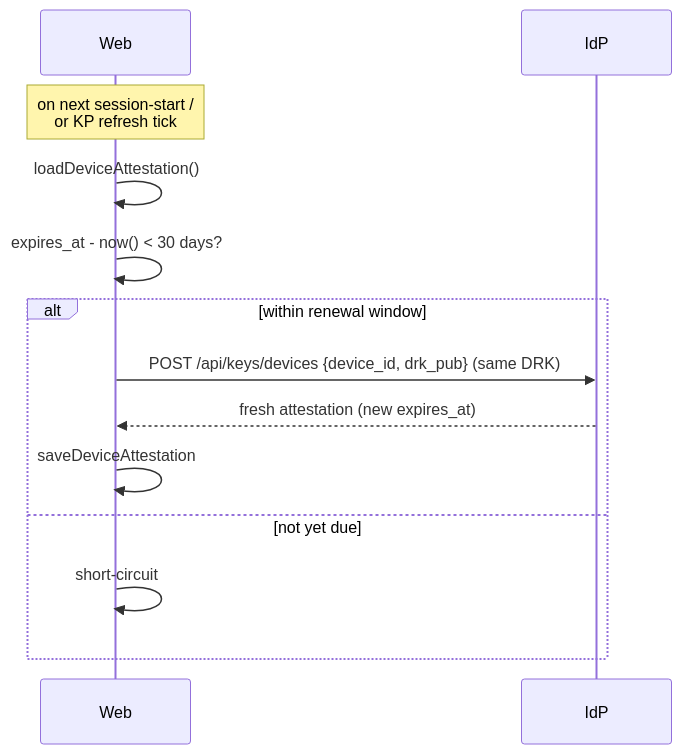
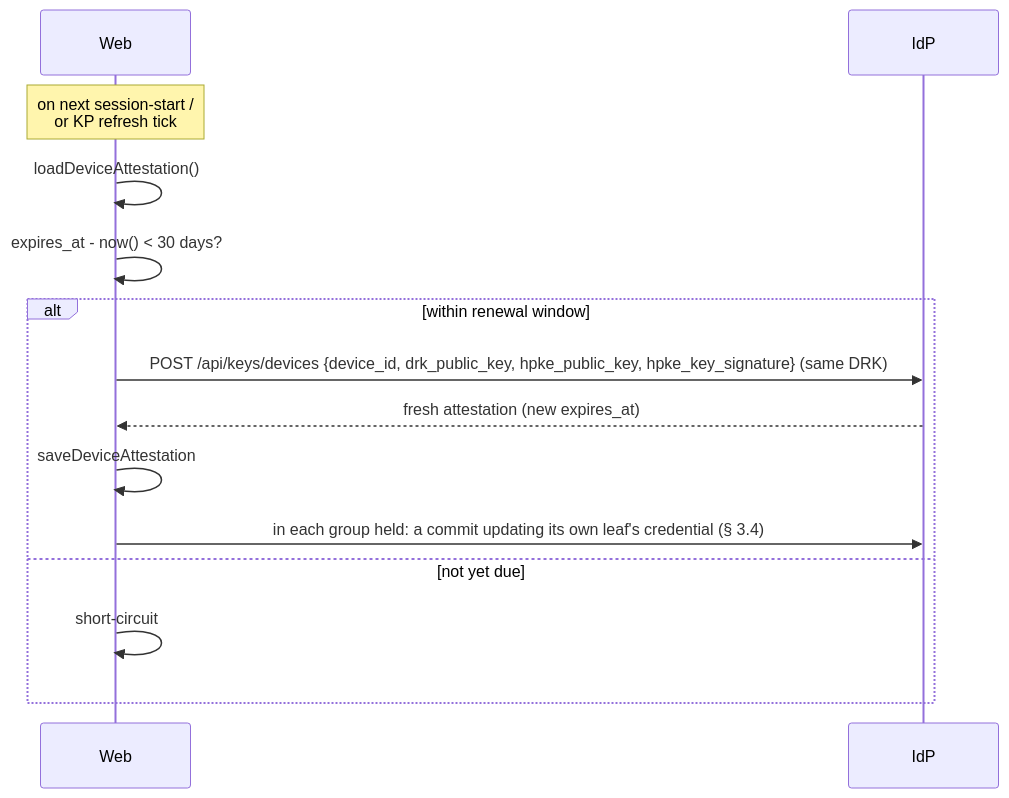
Diagram 13 of 18 in identity-provider/specs/e2ee.md (Pina-i/pinai), drawn with Mermaid before and after one commit. The commit also changed other lines of this file, not shown here.

First line of the commit message:
docs(e2ee): pin down the leaf checks the client now runs

````diff
--- a/identity-provider/specs/e2ee.md
+++ b/identity-provider/specs/e2ee.md
@@ -1329,16 +1351,17 @@
 ```mermaid
 sequenceDiagram
     participant Web
     participant IdP
 
     Note over Web: on next session-start /<br/>or KP refresh tick
     Web->>Web: loadDeviceAttestation()
     Web->>Web: expires_at - now() < 30 days?
     alt within renewal window
-        Web->>IdP: POST /api/keys/devices {device_id, drk_pub} (same DRK)
+        Web->>IdP: POST /api/keys/devices {device_id, drk_public_key, hpke_public_key, hpke_key_signature} (same DRK)
         IdP-->>Web: fresh attestation (new expires_at)
         Web->>Web: saveDeviceAttestation
+        Web->>IdP: in each group held: a commit updating its own leaf's credential (§ 3.4)
     else not yet due
         Web->>Web: short-circuit
     end
 ```
````
